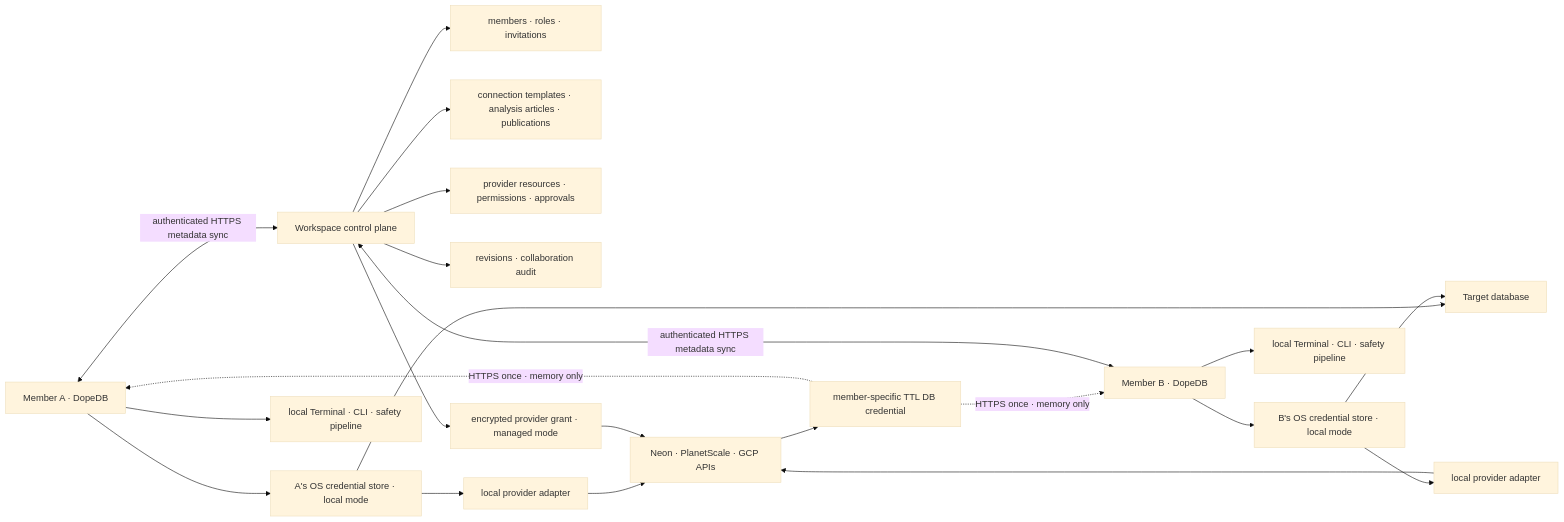
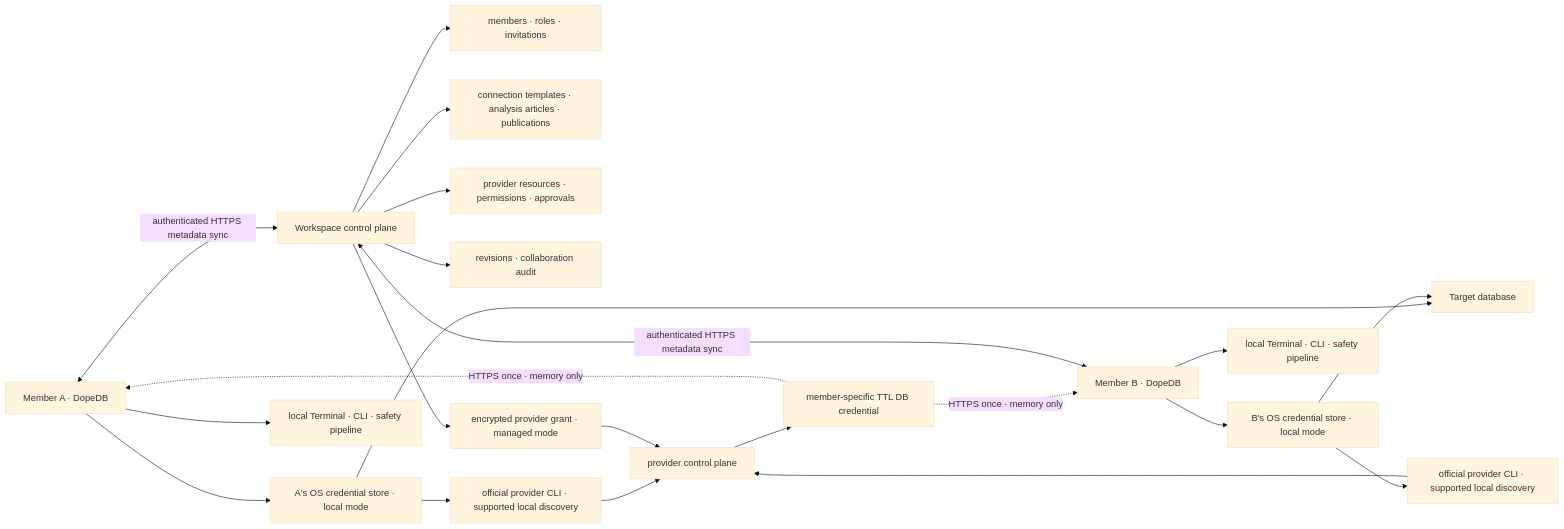
One commit to jaesong-blip/dopedb changed the diagram in docs/WORKSPACE_ROADMAP.md. Above: the diagram before and after it, drawn with Mermaid (base theme). The commit also changed other lines of this file and 387 other files, not shown here.

````diff
--- a/docs/WORKSPACE_ROADMAP.md
+++ b/docs/WORKSPACE_ROADMAP.md
@@ -81,24 +84,24 @@
 ```mermaid
 flowchart LR
     A["Member A · DopeDB"] <-->|"authenticated HTTPS metadata sync"| W["Workspace control plane"]
     B["Member B · DopeDB"] <-->|"authenticated HTTPS metadata sync"| W
     W --> M["members · roles · invitations"]
     W --> R["connection templates · analysis articles · publications"]
     W --> P["provider resources · permissions · approvals"]
     W --> V["revisions · collaboration audit"]
     A --> KA["A's OS credential store · local mode"]
     B --> KB["B's OS credential store · local mode"]
     KA --> D["Target database"]
     KB --> D
-    KA --> PA["local provider adapter"]
-    KB --> PB["local provider adapter"]
-    PA --> API["Neon · PlanetScale · GCP APIs"]
+    KA --> PA["official provider CLI · supported local discovery"]
+    KB --> PB["official provider CLI · supported local discovery"]
+    PA --> API["provider control plane"]
     PB --> API
     W --> MI["encrypted provider grant · managed mode"]
     MI --> API
     API --> EP["member-specific TTL DB credential"]
     EP -.->|"HTTPS once · memory only"| A
     EP -.->|"HTTPS once · memory only"| B
     A --> SA["local Terminal · CLI · safety pipeline"]
     B --> SB["local Terminal · CLI · safety pipeline"]
 ```
````
